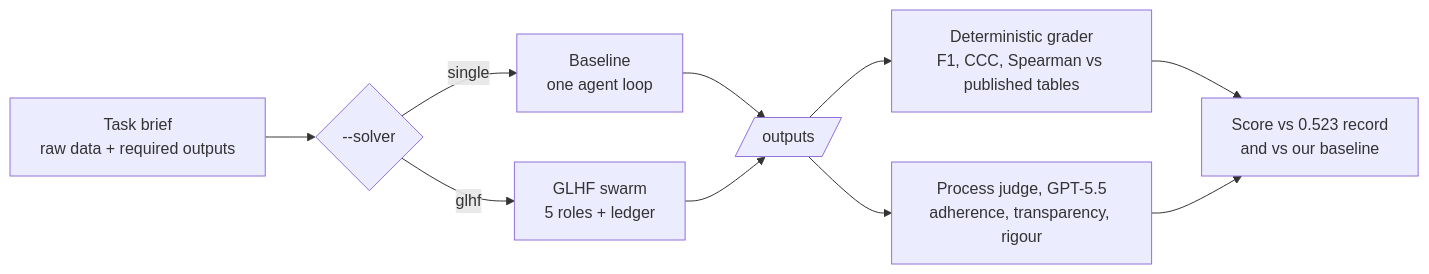
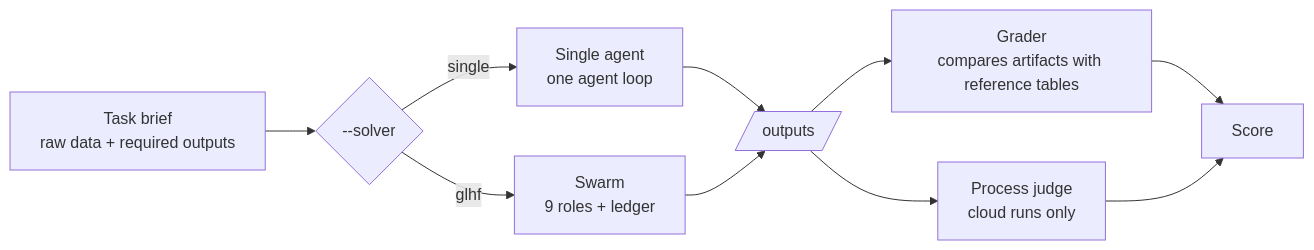
One commit to itsbrendandang/agent-test changed the first of 3 diagrams in glhf/docs/DESIGN.md. Above: the diagram before and after it, drawn with Mermaid. The commit also changed other lines of this file and 23 other files, not shown here.

````diff
--- a/glhf/docs/DESIGN.md
+++ b/glhf/docs/DESIGN.md
@@ -11,12 +14,12 @@
 ```mermaid
 flowchart LR
     T[Task brief<br/>raw data + required outputs] --> S{--solver}
-    S -->|single| B[Baseline<br/>one agent loop]
-    S -->|glhf| G[GLHF swarm<br/>5 roles + ledger]
+    S -->|single| B[Single agent<br/>one agent loop]
+    S -->|glhf| G[Swarm<br/>9 roles + ledger]
     B --> O[/outputs/]
     G --> O
-    O --> D[Deterministic grader<br/>F1, CCC, Spearman vs published tables]
-    O --> J[Process judge, GPT-5.5<br/>adherence, transparency, rigour]
-    D --> R[Score vs 0.523 record<br/>and vs our baseline]
+    O --> D[Grader<br/>compares artifacts with reference tables]
+    O --> J[Process judge<br/>cloud runs only]
+    D --> R[Score]
     J --> R
 ```
````
